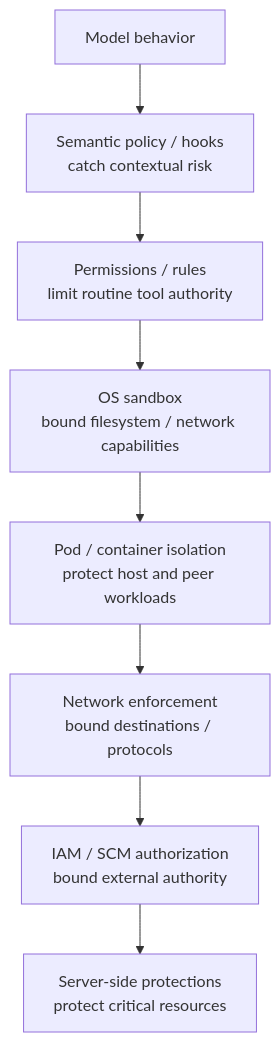
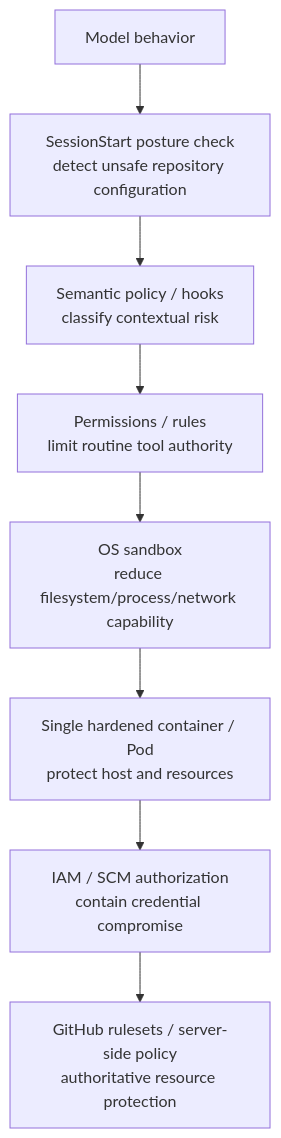
The diagram in docs/03-security-model.md (tomo-chan/agent-harness), drawn with Mermaid before and after one commit. The commit also changed other lines of this file, not shown here.

````diff
--- a/docs/03-security-model.md
+++ b/docs/03-security-model.md
@@ -21,10 +13,10 @@
 ```mermaid
 flowchart TD
-    M[Model behavior] --> H[Semantic policy / hooks<br/>catch contextual risk]
+    M[Model behavior] --> SS[SessionStart posture check<br/>detect unsafe repository configuration]
+    SS --> H[Semantic policy / hooks<br/>classify contextual risk]
     H --> P[Permissions / rules<br/>limit routine tool authority]
-    P --> S[OS sandbox<br/>bound filesystem / network capabilities]
-    S --> C[Pod / container isolation<br/>protect host and peer workloads]
-    C --> N[Network enforcement<br/>bound destinations / protocols]
-    N --> I[IAM / SCM authorization<br/>bound external authority]
-    I --> R[Server-side protections<br/>protect critical resources]
+    P --> S[OS sandbox<br/>reduce filesystem/process/network capability]
+    S --> C[Single hardened container / Pod<br/>protect host and resources]
+    C --> I[IAM / SCM authorization<br/>contain credential compromise]
+    I --> R[GitHub rulesets / server-side policy<br/>authoritative resource protection]
 ```
````
